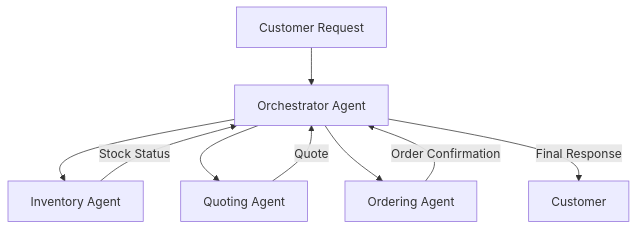
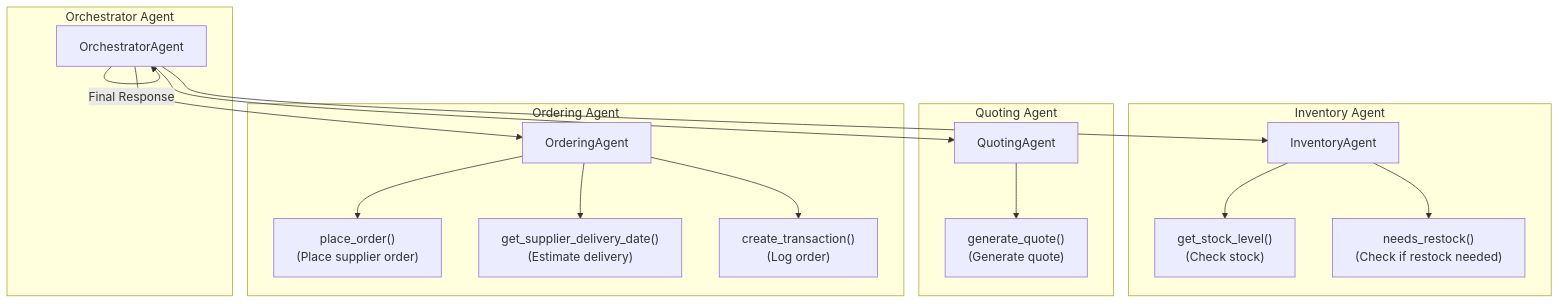
Before and after one commit to spirosrap/beaver: the diagram in README.md, drawn with Mermaid. The commit also changed other lines of this file, not shown here.

Commit message:
criteria 2

````diff
--- a/README.md
+++ b/README.md
@@ -105,11 +107,32 @@
 ```mermaid
 graph TD
-    A["Customer Request"] --> B["Orchestrator Agent"]
-    B --> C["Inventory Agent"]
-    C -- "Stock Status" --> B
-    B --> D["Quoting Agent"]
-    D -- "Quote" --> B
-    B --> E["Ordering Agent"]
-    E -- "Order Confirmation" --> B
-    B -- "Final Response" --> F["Customer"]
+    subgraph Orchestrator Agent
+        OA["OrchestratorAgent"]
+    end
+    subgraph Inventory Agent
+        IA["InventoryAgent"]
+        IA1["get_stock_level()\n(Check stock)"]
+        IA2["needs_restock()\n(Check if restock needed)"]
+    end
+    subgraph Quoting Agent
+        QA["QuotingAgent"]
+        QA1["generate_quote()\n(Generate quote)"]
+    end
+    subgraph Ordering Agent
+        ORA["OrderingAgent"]
+        ORA1["place_order()\n(Place supplier order)"]
+        ORA2["get_supplier_delivery_date()\n(Estimate delivery)"]
+        ORA3["create_transaction()\n(Log order)"]
+    end
+    OA --> IA
+    OA --> QA
+    OA --> ORA
+    IA --> IA1
+    IA --> IA2
+    QA --> QA1
+    ORA --> ORA1
+    ORA --> ORA2
+    ORA --> ORA3
+    OA -- "Customer Request" --> OA
+    OA -- "Final Response" --> OA
 ```
````
